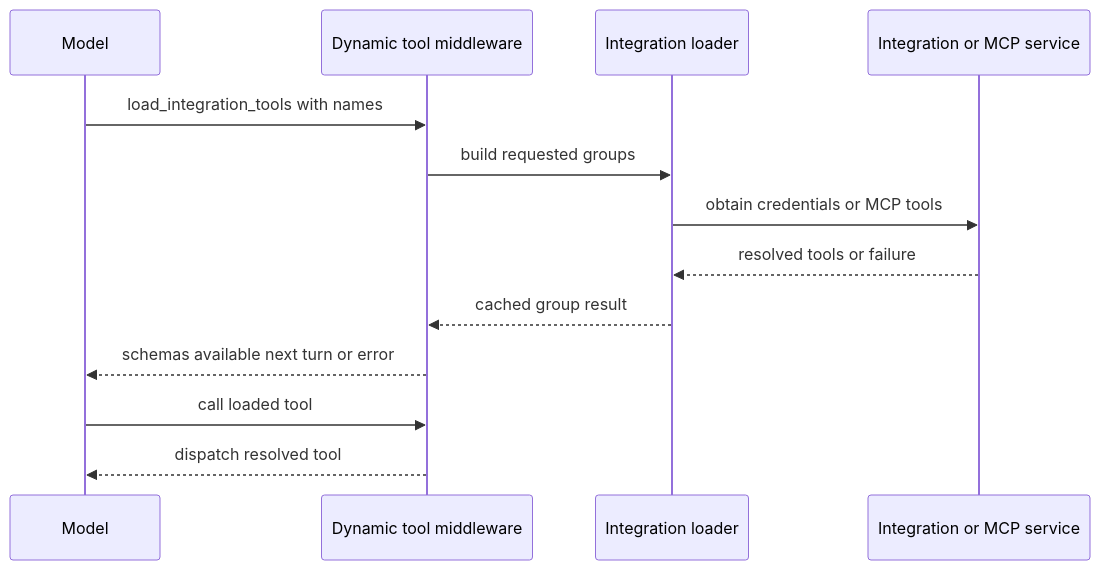
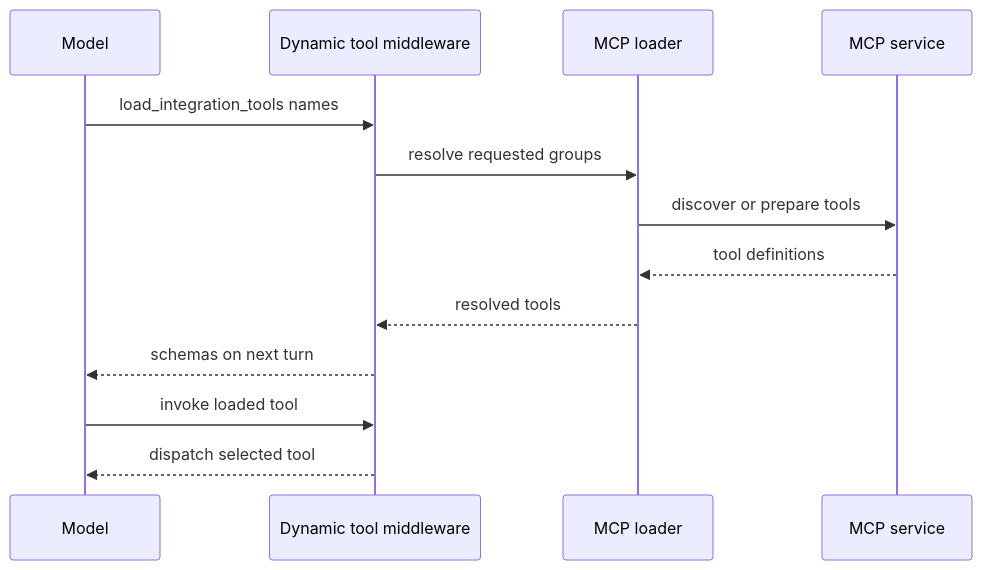
The second of 2 diagrams in openwiki/concepts/tools.md (langchain-ai/open-swe), drawn with Mermaid before and after one commit. The commit also changed other lines of this file and 63 other files, not shown here.

````diff
--- a/openwiki/concepts/tools.md
+++ b/openwiki/concepts/tools.md
@@ -91,16 +104,16 @@
 ```mermaid
 sequenceDiagram
     participant Model
-    participant Middleware as Dynamic tool middleware
-    participant Loader as Integration loader
-    participant Service as Integration or MCP service
+    participant Dynamic as Dynamic tool middleware
+    participant Loader as MCP loader
+    participant Service as MCP service
 
-    Model->>Middleware: load_integration_tools with names
-    Middleware->>Loader: build requested groups
-    Loader->>Service: obtain credentials or MCP tools
-    Service-->>Loader: resolved tools or failure
-    Loader-->>Middleware: cached group result
-    Middleware-->>Model: schemas available next turn or error
-    Model->>Middleware: call loaded tool
-    Middleware-->>Model: dispatch resolved tool
+    Model->>Dynamic: load_integration_tools names
+    Dynamic->>Loader: resolve requested groups
+    Loader->>Service: discover or prepare tools
+    Service-->>Loader: tool definitions
+    Loader-->>Dynamic: resolved tools
+    Dynamic-->>Model: schemas on next turn
+    Model->>Dynamic: invoke loaded tool
+    Dynamic-->>Model: dispatch selected tool
 ```
````
